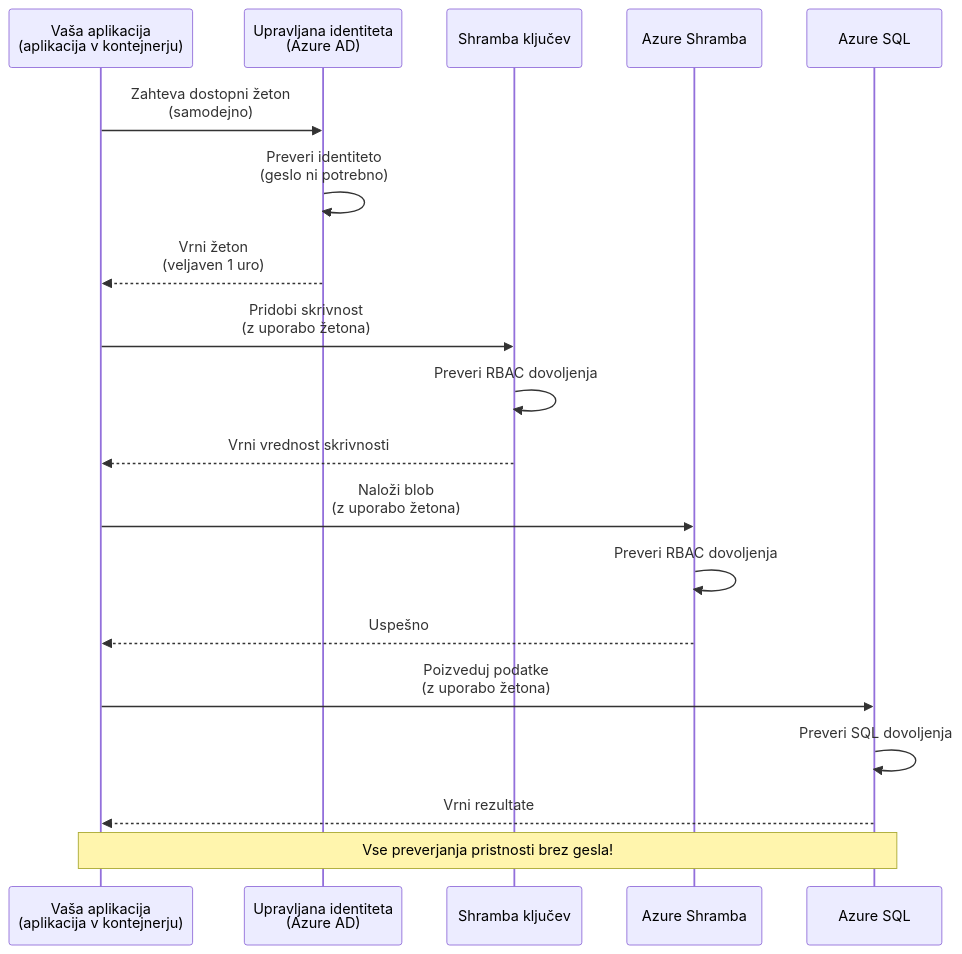
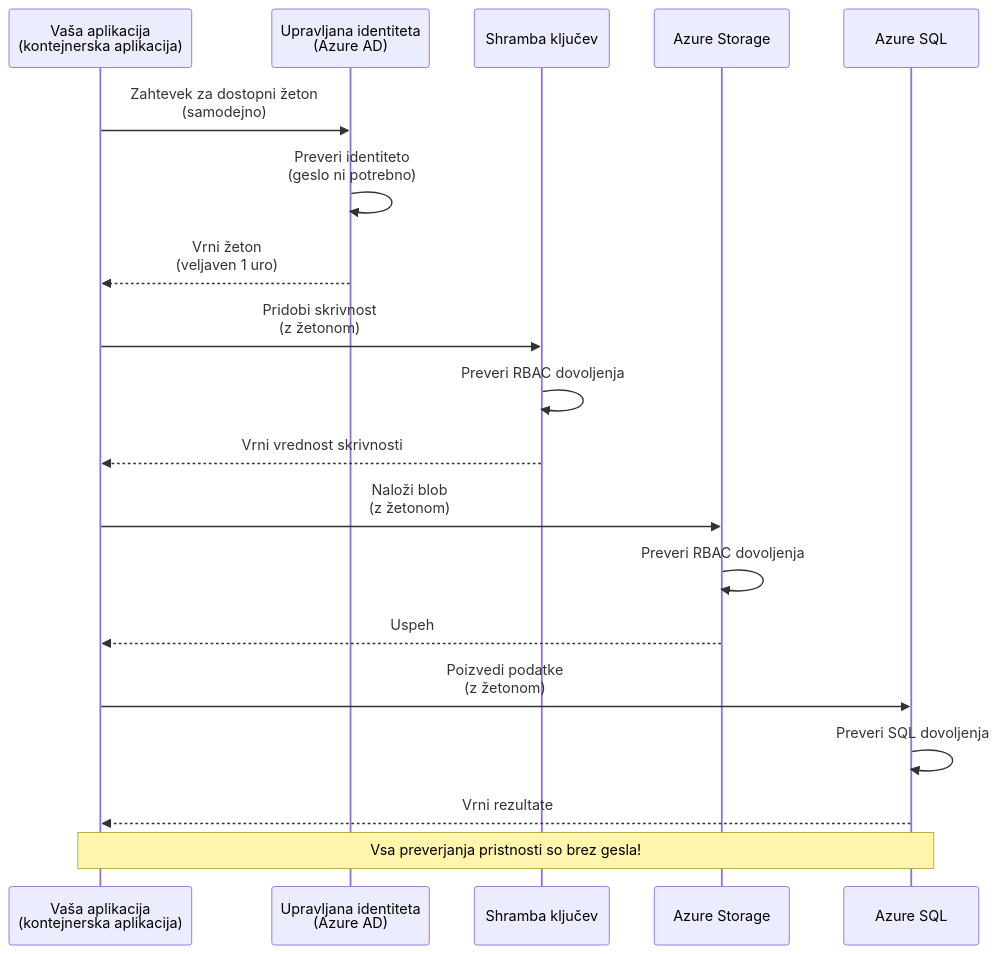
Before and after one commit to microsoft/AZD-for-beginners: the first of 2 diagrams in translations/sl/docs/chapter-03-configuration/authsecurity.md, drawn with Mermaid. The commit also changed other lines of this file and 101 other files, not shown here.

````diff
--- a/translations/sl/docs/chapter-03-configuration/authsecurity.md
+++ b/translations/sl/docs/chapter-03-configuration/authsecurity.md
@@ -69,26 +69,26 @@
 ```mermaid
 sequenceDiagram
-    participant App as Vaša aplikacija<br/>(aplikacija v kontejnerju)
+    participant App as Vaša aplikacija<br/>(kontejnerska aplikacija)
     participant MI as Upravljana identiteta<br/>(Azure AD)
     participant KV as Shramba ključev
-    participant Storage as Azure Shramba
+    participant Storage as Azure Storage
     participant DB as Azure SQL
     
-    App->>MI: Zahteva dostopni žeton<br/>(samodejno)
+    App->>MI: Zahtevek za dostopni žeton<br/>(samodejno)
     MI->>MI: Preveri identiteto<br/>(geslo ni potrebno)
     MI-->>App: Vrni žeton<br/>(veljaven 1 uro)
     
-    App->>KV: Pridobi skrivnost<br/>(z uporabo žetona)
+    App->>KV: Pridobi skrivnost<br/>(z žetonom)
     KV->>KV: Preveri RBAC dovoljenja
     KV-->>App: Vrni vrednost skrivnosti
     
-    App->>Storage: Naloži blob<br/>(z uporabo žetona)
+    App->>Storage: Naloži blob<br/>(z žetonom)
     Storage->>Storage: Preveri RBAC dovoljenja
-    Storage-->>App: Uspešno
+    Storage-->>App: Uspeh
     
-    App->>DB: Poizveduj podatke<br/>(z uporabo žetona)
+    App->>DB: Poizvedi podatke<br/>(z žetonom)
     DB->>DB: Preveri SQL dovoljenja
     DB-->>App: Vrni rezultate
     
-    Note over App,DB: Vse preverjanja pristnosti brez gesla!
+    Note over App,DB: Vsa preverjanja pristnosti so brez gesla!
 ```
````
